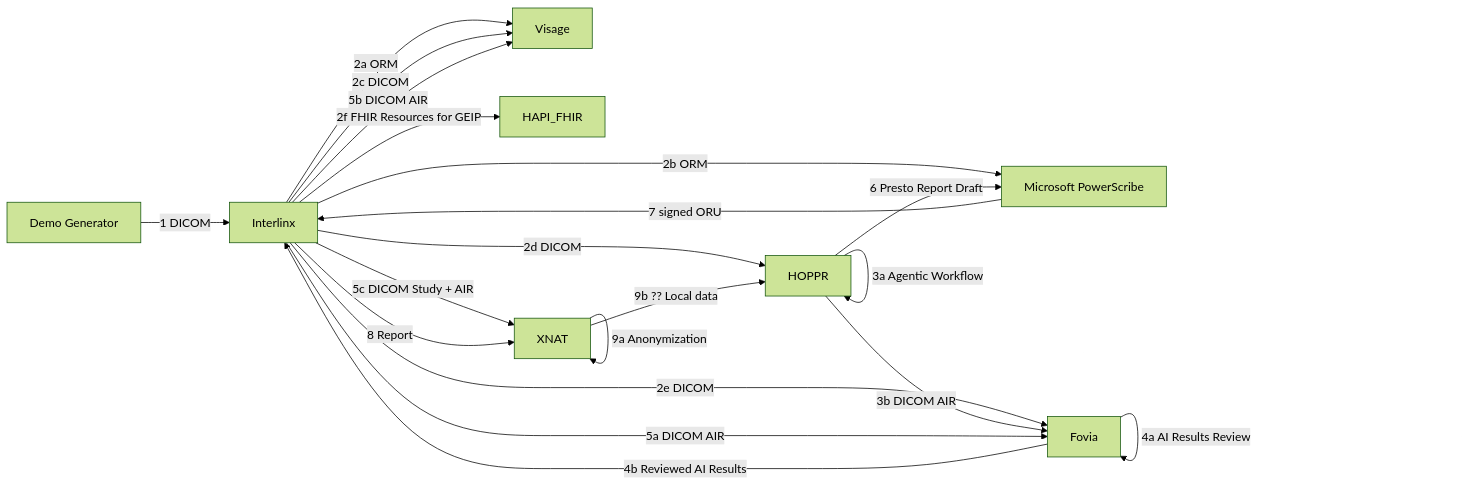
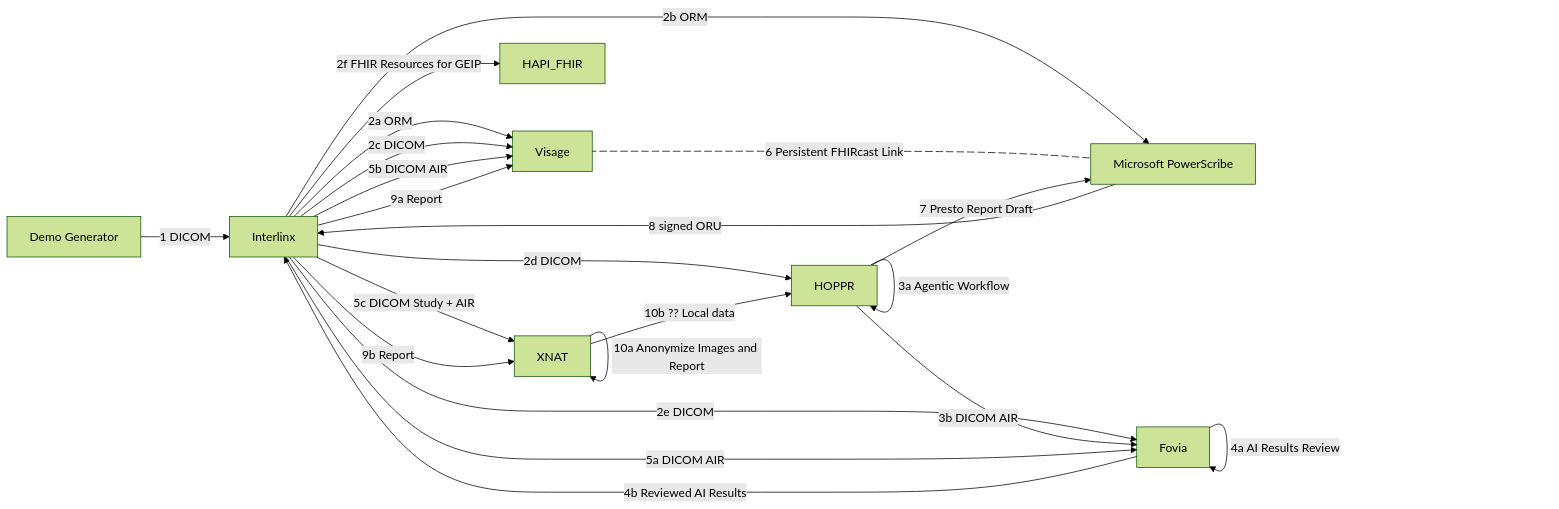
The diagram in edison.md (mohannadhussain/rsna-rr-demo-diagrams), drawn with Mermaid (forest theme) before and after one commit.

Commit message:
Edison: Updates based on the team's last call

````diff
--- a/edison.md
+++ b/edison.md
@@ -3,33 +3,40 @@
 ```mermaid
 flowchart LR
     Generator[Demo Generator] --> |1 DICOM| Interlinx
     
     %% TODO Where will the PowerScribe bridge be installed?!?
     Interlinx --> |2a ORM| Visage
     Interlinx --> |2b ORM| Microsoft[Microsoft PowerScribe]
     Interlinx --> |2c DICOM| Visage
     Interlinx --> |2d DICOM| HOPPR
     Interlinx --> |2e DICOM| Fovia
     Interlinx --> |2f FHIR Resources for GEIP| HAPI_FHIR
 
     HOPPR --> |3a Agentic Workflow| HOPPR
     HOPPR --> |3b DICOM AIR| Fovia
 
+    %% Fovia has two outputs: DICOM SR, CDE encoded output report
     Fovia --> |4a AI Results Review| Fovia
     Fovia --> |4b Reviewed AI Results| Interlinx
+    %% Send information to Microsoft in FHIR?!? 
 
     Interlinx --> |5a DICOM AIR| Fovia
     Interlinx --> |5b DICOM AIR| Visage
     Interlinx --> |5c DICOM Study + AIR| XNAT
     %% Can Interlinx hold the whole study until this step?!?
 
-    HOPPR --> |6 Presto Report Draft| Microsoft
+    Visage e1@-- 6 Persistent FHIRcast Link --- Microsoft
+    e1@{ animation: fast } 
 
-    Microsoft --> |7 signed ORU| Interlinx
+    HOPPR --> |7 Presto Report Draft| Microsoft
+    %% Exact syntax not known
 
-    Interlinx --> |8 Report| XNAT
+    Microsoft --> |8 signed ORU| Interlinx
+
+    Interlinx --> |9a Report| Visage
+    Interlinx --> |9b Report| XNAT
     %% This will be a RESTful call
 
-    XNAT --> |9a Anonymization| XNAT
-    XNAT --> |9b ?? Local data| HOPPR
+    XNAT --> |10a Anonymize Images and Report| XNAT
+    XNAT --> |10b ?? Local data| HOPPR
 ```
````
